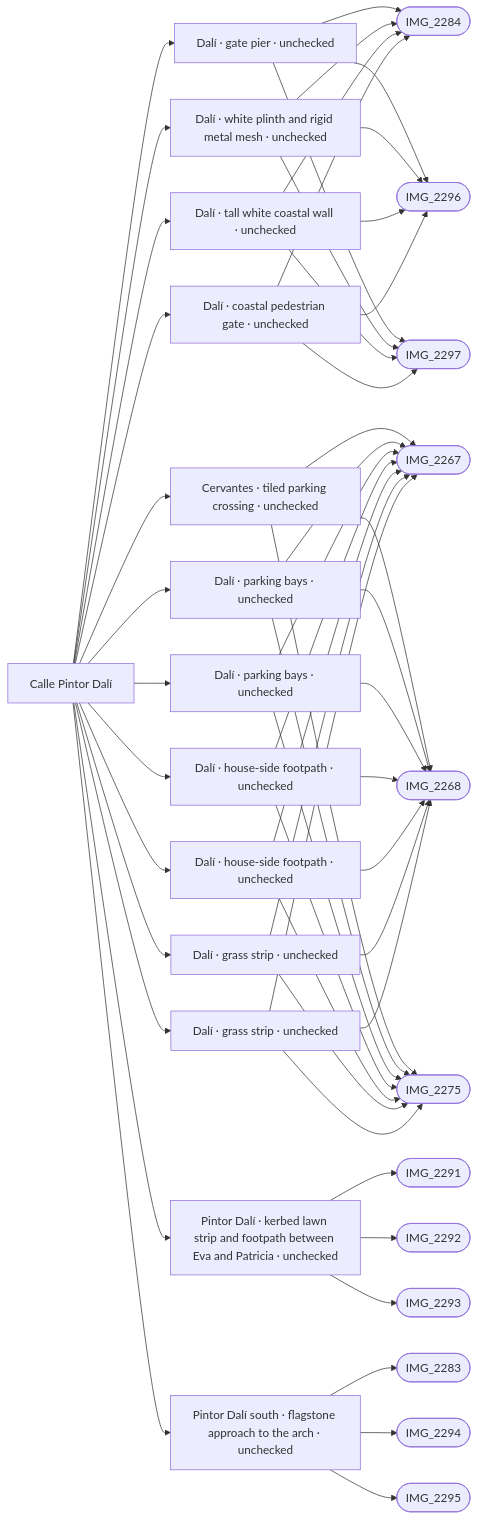
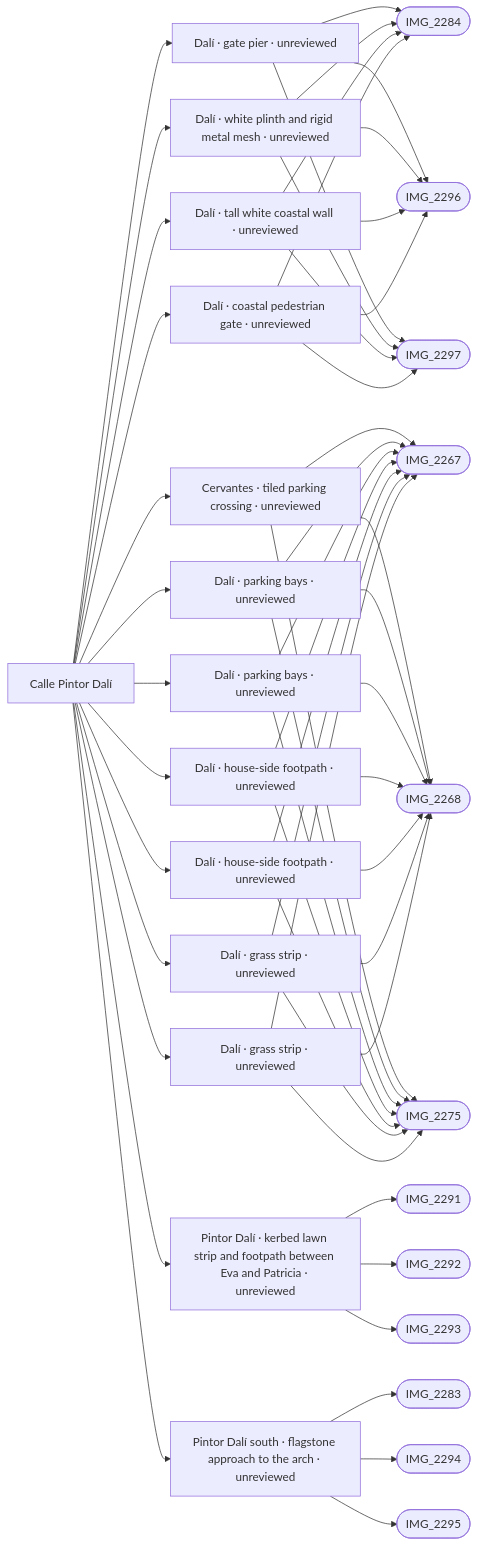
The diagram in refs/areas/dali.md (daveyboyc/villacana-venture), drawn with Mermaid before and after one commit. The commit also changed other lines of this file and 45 other files, not shown here.

Commit message:
Require measured independent evidence for graph placement approval

````diff
--- a/refs/areas/dali.md
+++ b/refs/areas/dali.md
@@ -37,56 +37,56 @@
 ```mermaid
 graph LR
   A["Calle Pintor Dalí"]
-  A --> F0["Dalí · gate pier · unchecked"]
+  A --> F0["Dalí · gate pier · unreviewed"]
   F0 --> PIMG_2284_jpg(["IMG_2284"])
   F0 --> PIMG_2296_jpg(["IMG_2296"])
   F0 --> PIMG_2297_jpg(["IMG_2297"])
-  A --> F1["Dalí · white plinth and rigid metal mesh · unchecked"]
+  A --> F1["Dalí · white plinth and rigid metal mesh · unreviewed"]
   F1 --> PIMG_2284_jpg(["IMG_2284"])
   F1 --> PIMG_2296_jpg(["IMG_2296"])
   F1 --> PIMG_2297_jpg(["IMG_2297"])
-  A --> F2["Dalí · tall white coastal wall · unchecked"]
+  A --> F2["Dalí · tall white coastal wall · unreviewed"]
   F2 --> PIMG_2284_jpg(["IMG_2284"])
   F2 --> PIMG_2296_jpg(["IMG_2296"])
   F2 --> PIMG_2297_jpg(["IMG_2297"])
-  A --> F3["Cervantes · tiled parking crossing · unchecked"]
+  A --> F3["Cervantes · tiled parking crossing · unreviewed"]
   F3 --> PIMG_2267_jpg(["IMG_2267"])
   F3 --> PIMG_2268_jpg(["IMG_2268"])
   F3 --> PIMG_2275_jpg(["IMG_2275"])
-  A --> F4["Dalí · parking bays · unchecked"]
+  A --> F4["Dalí · parking bays · unreviewed"]
   F4 --> PIMG_2267_jpg(["IMG_2267"])
   F4 --> PIMG_2268_jpg(["IMG_2268"])
   F4 --> PIMG_2275_jpg(["IMG_2275"])
-  A --> F5["Dalí · parking bays · unchecked"]
+  A --> F5["Dalí · parking bays · unreviewed"]
   F5 --> PIMG_2267_jpg(["IMG_2267"])
   F5 --> PIMG_2268_jpg(["IMG_2268"])
   F5 --> PIMG_2275_jpg(["IMG_2275"])
-  A --> F6["Dalí · house-side footpath · unchecked"]
+  A --> F6["Dalí · house-side footpath · unreviewed"]
   F6 --> PIMG_2267_jpg(["IMG_2267"])
   F6 --> PIMG_2268_jpg(["IMG_2268"])
   F6 --> PIMG_2275_jpg(["IMG_2275"])
-  A --> F7["Dalí · house-side footpath · unchecked"]
+  A --> F7["Dalí · house-side footpath · unreviewed"]
   F7 --> PIMG_2267_jpg(["IMG_2267"])
   F7 --> PIMG_2268_jpg(["IMG_2268"])
   F7 --> PIMG_2275_jpg(["IMG_2275"])
-  A --> F8["Dalí · grass strip · unchecked"]
+  A --> F8["Dalí · grass strip · unreviewed"]
   F8 --> PIMG_2267_jpg(["IMG_2267"])
   F8 --> PIMG_2268_jpg(["IMG_2268"])
   F8 --> PIMG_2275_jpg(["IMG_2275"])
-  A --> F9["Dalí · grass strip · unchecked"]
+  A --> F9["Dalí · grass strip · unreviewed"]
   F9 --> PIMG_2267_jpg(["IMG_2267"])
   F9 --> PIMG_2268_jpg(["IMG_2268"])
   F9 --> PIMG_2275_jpg(["IMG_2275"])
-  A --> F10["Pintor Dalí · kerbed lawn strip and footpath between Eva and Patricia · unchecked"]
+  A --> F10["Pintor Dalí · kerbed lawn strip and footpath between Eva and Patricia · unreviewed"]
   F10 --> PIMG_2291_jpg(["IMG_2291"])
   F10 --> PIMG_2292_jpg(["IMG_2292"])
   F10 --> PIMG_2293_jpg(["IMG_2293"])
-  A --> F11["Pintor Dalí south · flagstone approach to the arch · unchecked"]
+  A --> F11["Pintor Dalí south · flagstone approach to the arch · unreviewed"]
   F11 --> PIMG_2283_jpg(["IMG_2283"])
   F11 --> PIMG_2294_jpg(["IMG_2294"])
   F11 --> PIMG_2295_jpg(["IMG_2295"])
-  A --> F12["Dalí · coastal pedestrian gate · unchecked"]
+  A --> F12["Dalí · coastal pedestrian gate · unreviewed"]
   F12 --> PIMG_2284_jpg(["IMG_2284"])
   F12 --> PIMG_2296_jpg(["IMG_2296"])
   F12 --> PIMG_2297_jpg(["IMG_2297"])
 ```
````
